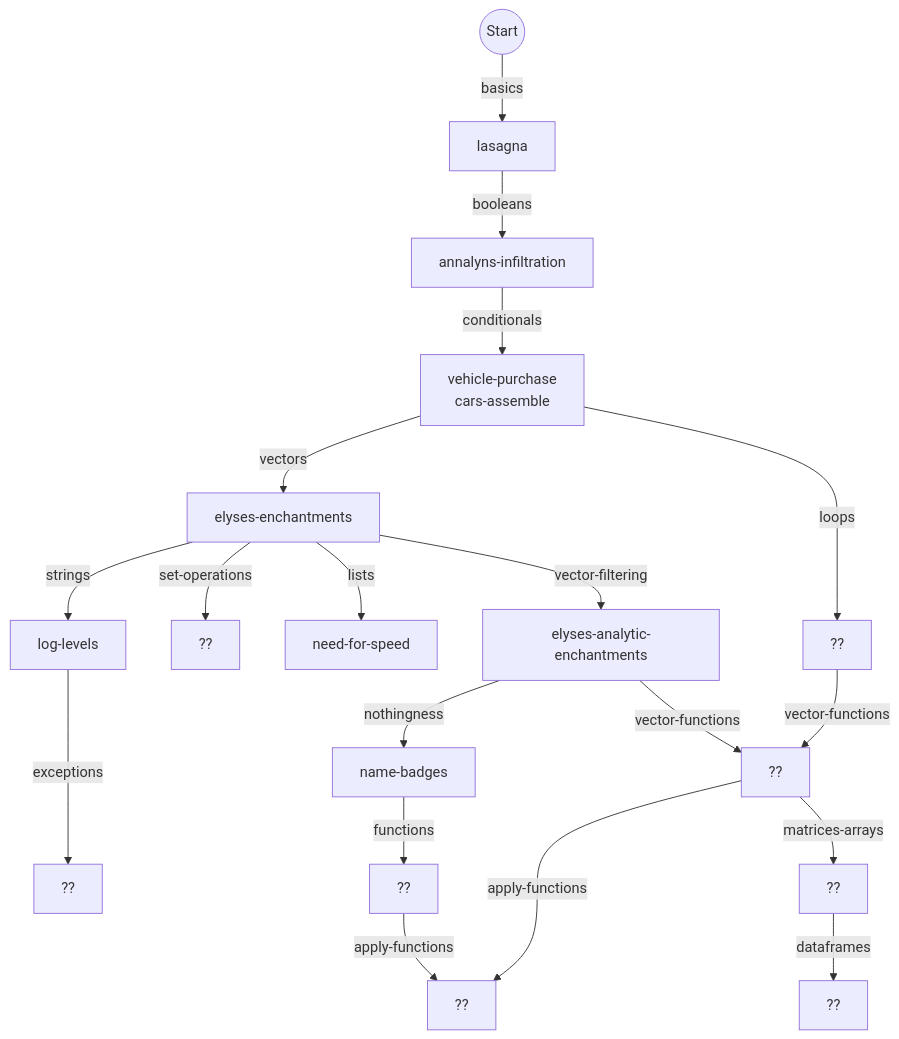
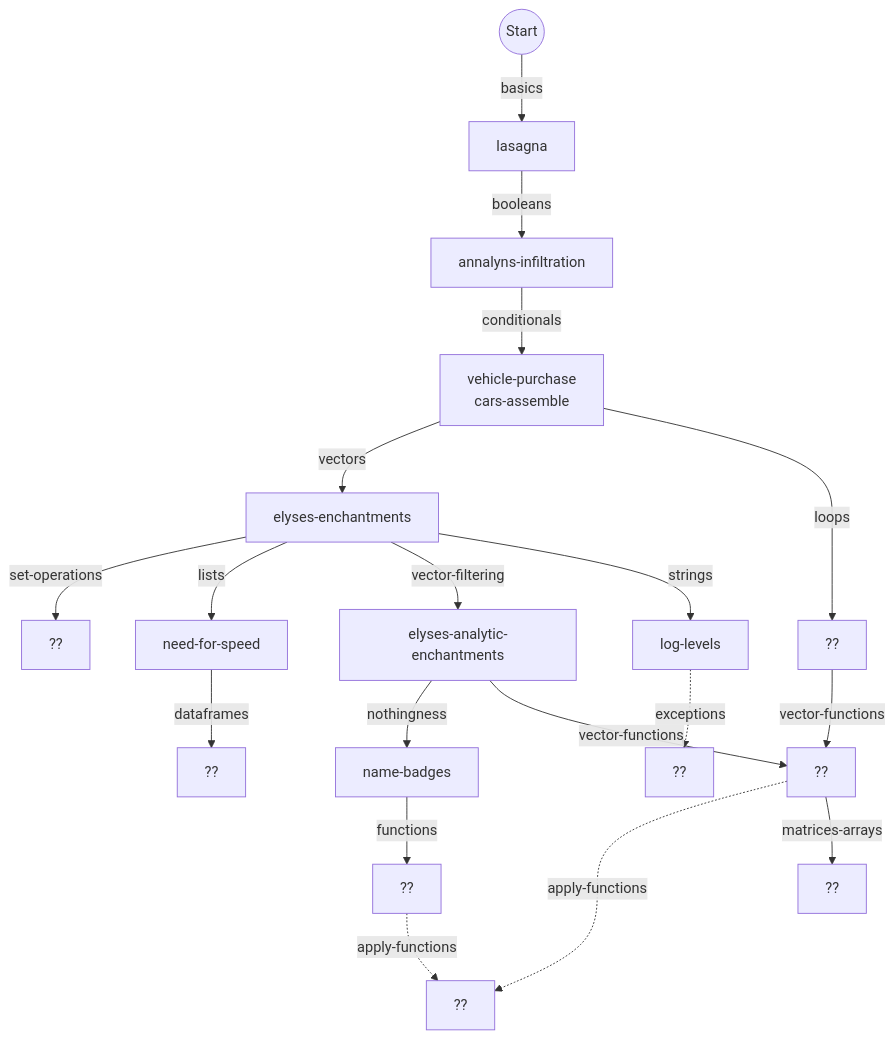
One commit to colinleach/r_concepts changed the first of 2 diagrams in flowchart.md. Above: the diagram before and after it, drawn with Mermaid. The commit also changed 5 other files, not shown here.

````diff
--- a/flowchart.md
+++ b/flowchart.md
@@ -5,22 +5,22 @@
 ```mermaid
 graph TD
     
 start(("Start")) --basics--> basics["lasagna"]
 basics --booleans--> booleans["annalyns-infiltration"]
 booleans --conditionals--> conditionals["vehicle-purchase<br/>cars-assemble"]
 conditionals --vectors--> vectors["elyses-enchantments"]
 conditionals --loops--> loops["??"]
 vectors --set-operations--> set-operations["??"]
 vectors --lists--> lists["need-for-speed"]
 vectors --vector-filtering--> vector-filtering["elyses-analytic-enchantments"]
 vector-filtering --nothingness--> nothingness["name-badges"]
 vectors --strings--> strings["log-levels"]
-strings --exceptions---> exceptions["??"]
+strings -.exceptions.-> exceptions["??"]
 vector-filtering --vector-functions--> vector-functions["??"]
 loops --vector-functions--> vector-functions["??"]
 nothingness --functions--> functions["??"]
-functions --apply-functions--> apply-functions["??"]
-vector-functions --apply-functions--> apply-functions["??"]
+functions -.apply-functions.-> apply-functions["??"]
+vector-functions -.apply-functions.-> apply-functions["??"]
 vector-functions --matrices-arrays--> matrices-arrays["??"]
-matrices-arrays --dataframes--> dataframes["??"]
+lists --dataframes--> dataframes["??"]
 ```
````
